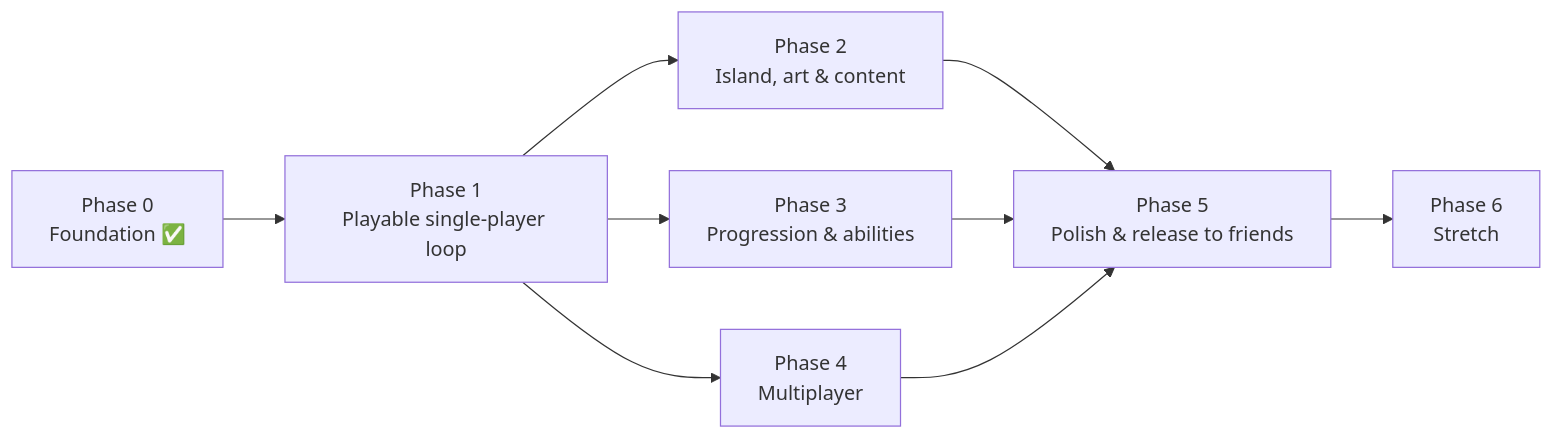
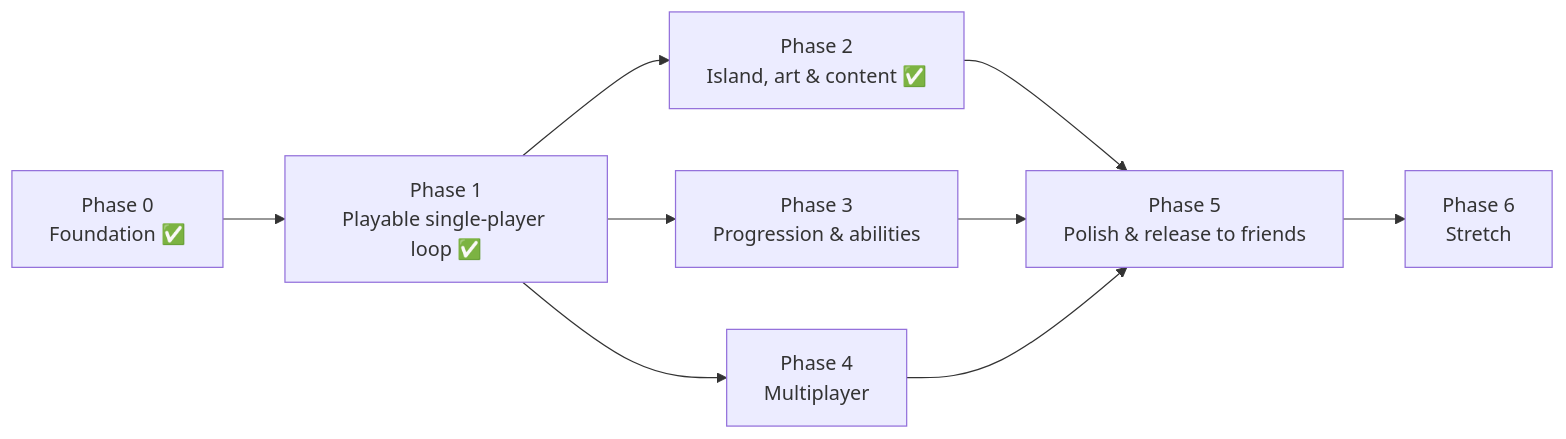
One commit to Springform/kanoolpik changed the diagram in docs/ROADMAP.md. Above: the diagram before and after it, drawn with Mermaid. The commit also changed other lines of this file and 45 other files, not shown here.

````diff
--- a/docs/ROADMAP.md
+++ b/docs/ROADMAP.md
@@ -5,9 +5,9 @@
 ```mermaid
 flowchart LR
-    P0[Phase 0<br/>Foundation ✅] --> P1[Phase 1<br/>Playable single-player loop]
-    P1 --> P2[Phase 2<br/>Island, art & content]
+    P0[Phase 0<br/>Foundation ✅] --> P1[Phase 1<br/>Playable single-player loop ✅]
+    P1 --> P2[Phase 2<br/>Island, art & content ✅]
     P1 --> P3[Phase 3<br/>Progression & abilities]
     P1 --> P4[Phase 4<br/>Multiplayer]
     P2 & P3 & P4 --> P5[Phase 5<br/>Polish & release to friends]
     P5 --> P6[Phase 6<br/>Stretch]
 ```
````
